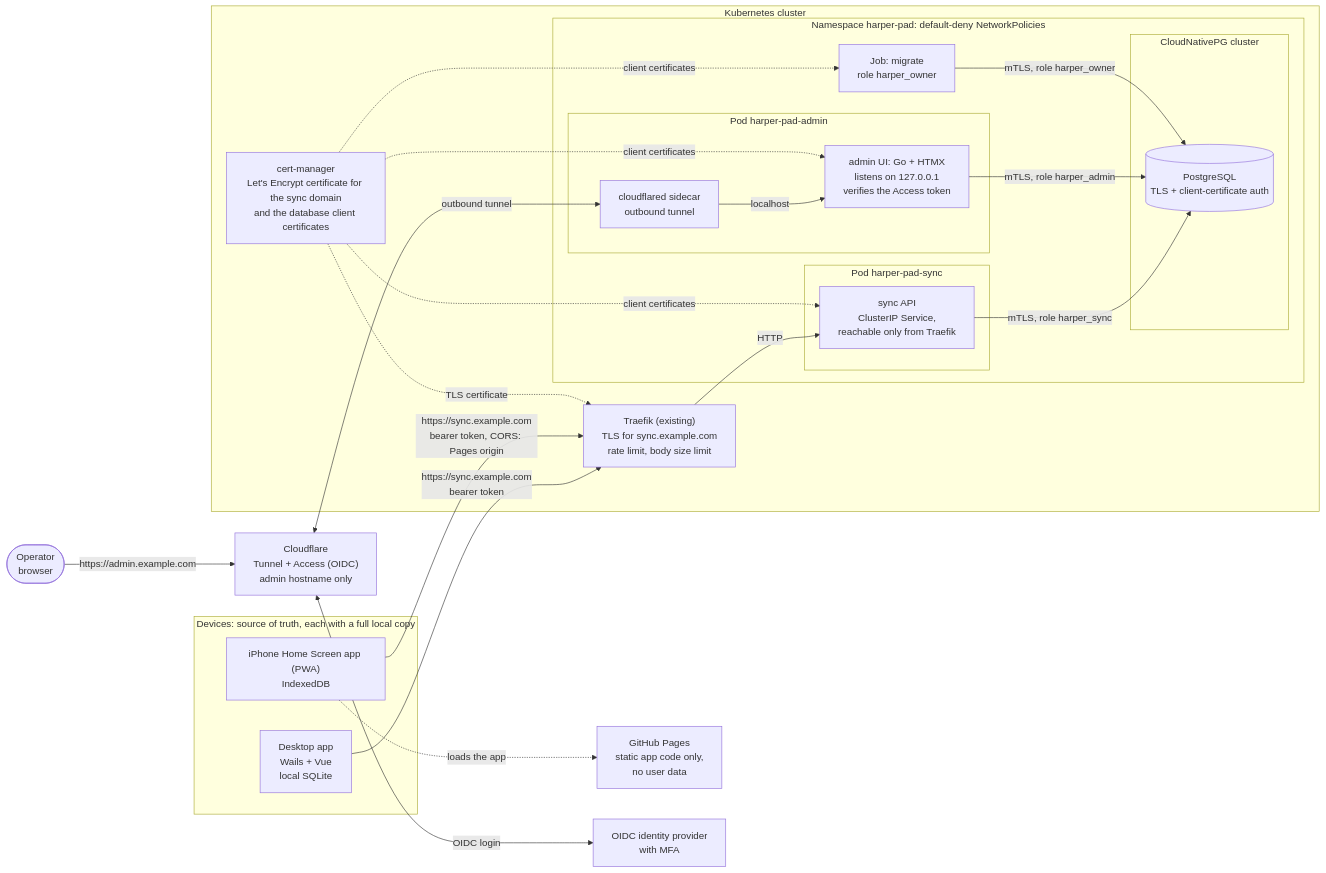
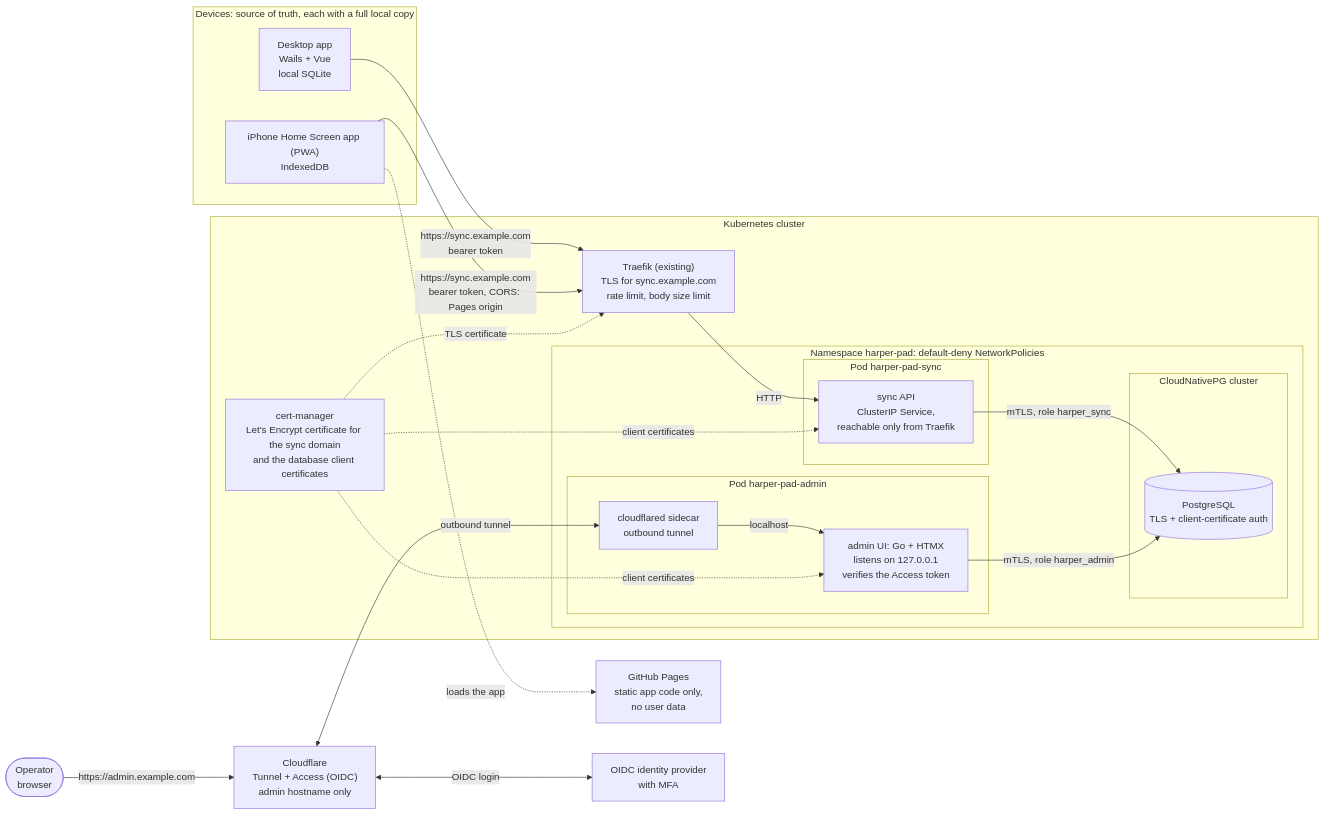
The first of 2 diagrams in docs/sync.md (cthtrifork/harper-pad), drawn with Mermaid before and after one commit. The commit also changed other lines of this file and 1 other file, not shown here.

First line of the commit message:
docs(sync): drop the migrate Job and the owner role

````diff
--- a/docs/sync.md
+++ b/docs/sync.md
@@ -77,45 +77,42 @@
 ```mermaid
 flowchart LR
   subgraph clients["Devices: source of truth, each with a full local copy"]
     desktop["Desktop app<br/>Wails + Vue<br/>local SQLite"]
     pwa["iPhone Home Screen app (PWA)<br/>IndexedDB"]
   end
   pages["GitHub Pages<br/>static app code only,<br/>no user data"]
   operator(["Operator<br/>browser"])
   idp["OIDC identity provider<br/>with MFA"]
   cf["Cloudflare<br/>Tunnel + Access (OIDC)<br/>admin hostname only"]
 
   subgraph cluster["Kubernetes cluster"]
     traefik["Traefik (existing)<br/>TLS for sync.example.com<br/>rate limit, body size limit"]
     cm["cert-manager<br/>Let's Encrypt certificate for the sync domain<br/>and the database client certificates"]
     subgraph ns["Namespace harper-pad: default-deny NetworkPolicies"]
       subgraph apipod["Pod harper-pad-sync"]
         api["sync API<br/>ClusterIP Service,<br/>reachable only from Traefik"]
       end
       subgraph adminpod["Pod harper-pad-admin"]
         cfd["cloudflared sidecar<br/>outbound tunnel"]
         admin["admin UI: Go + HTMX<br/>listens on 127.0.0.1<br/>verifies the Access token"]
       end
-      job["Job: migrate<br/>role harper_owner"]
       subgraph cnpg["CloudNativePG cluster"]
         pg[("PostgreSQL<br/>TLS + client-certificate auth")]
       end
     end
   end
 
   pwa -. "loads the app" .-> pages
   desktop -->|"https://sync.example.com<br/>bearer token"| traefik
   pwa -->|"https://sync.example.com<br/>bearer token, CORS: Pages origin"| traefik
   traefik -->|"HTTP"| api
   cm -. "TLS certificate" .-> traefik
   operator -->|"https://admin.example.com"| cf
   cf <-->|"OIDC login"| idp
   cf <-->|"outbound tunnel"| cfd
   cfd -->|"localhost"| admin
   api -->|"mTLS, role harper_sync"| pg
   admin -->|"mTLS, role harper_admin"| pg
-  job -->|"mTLS, role harper_owner"| pg
   cm -. "client certificates" .-> api
   cm -. "client certificates" .-> admin
-  cm -. "client certificates" .-> job
 ```
````
